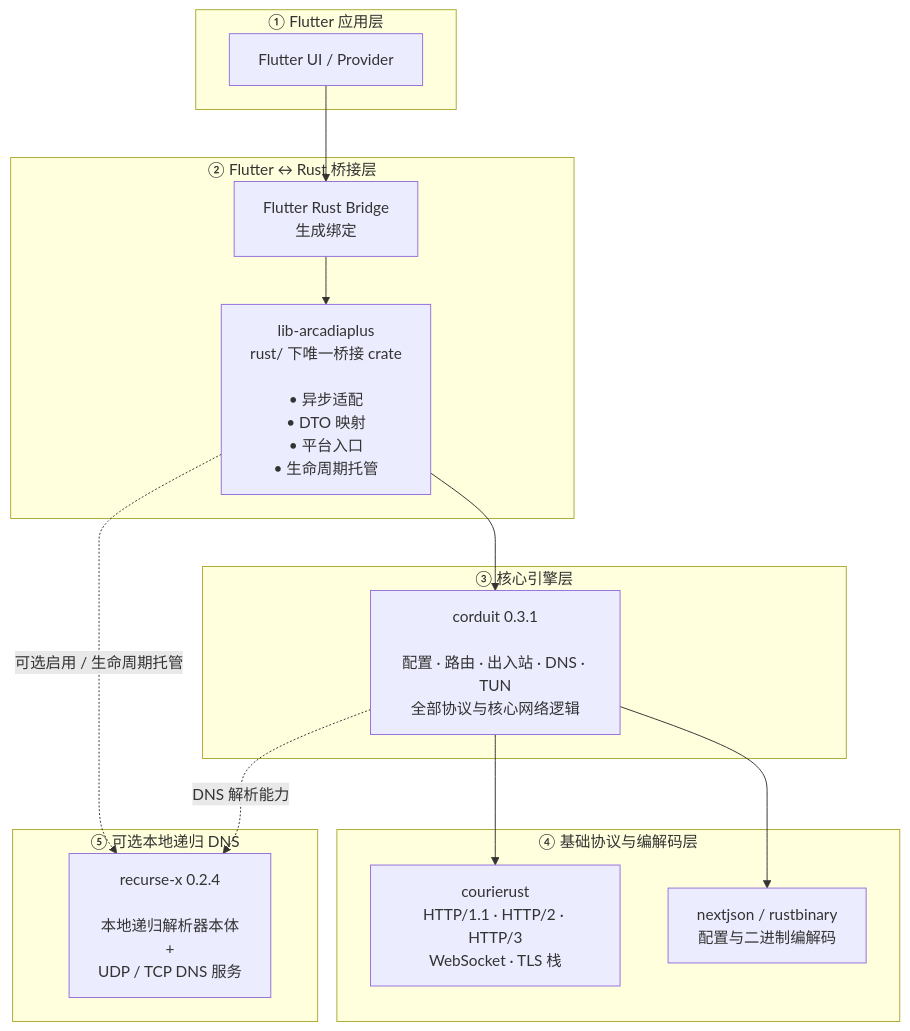
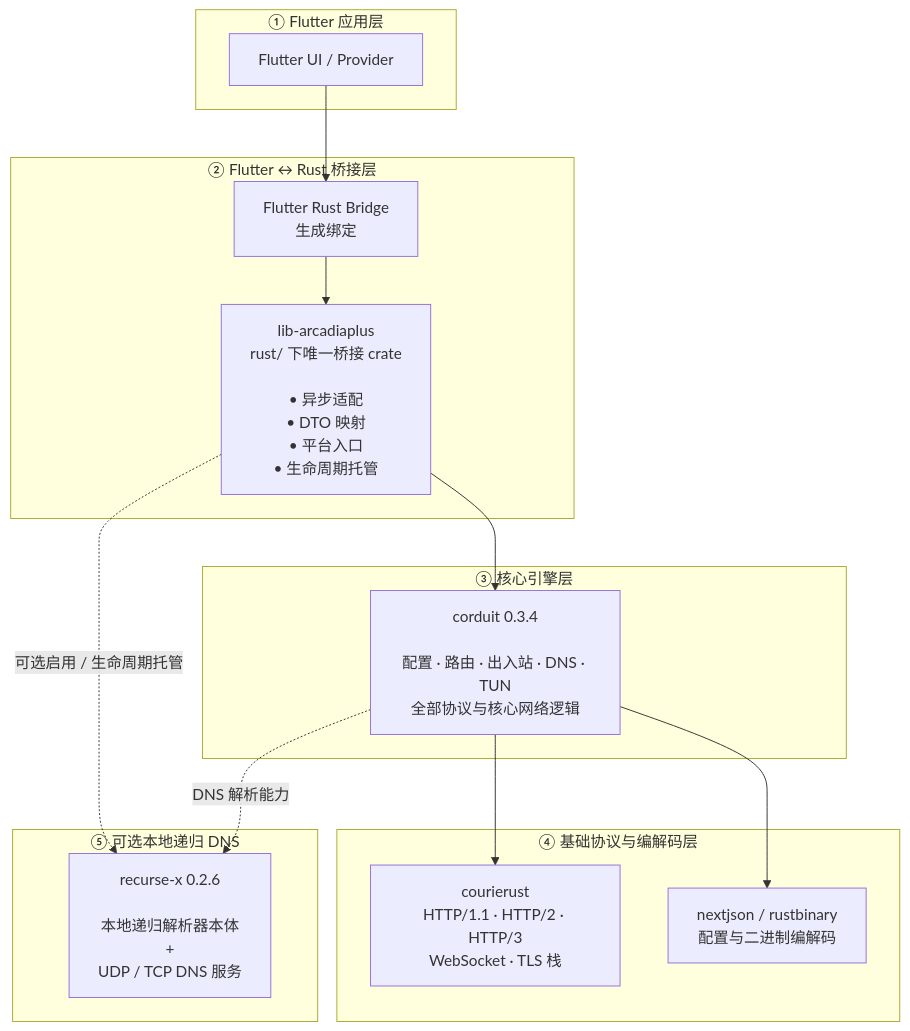
The diagram in README.md (blueokanna/ArcadiaPlus), drawn with Mermaid before and after one commit. The commit also changed other lines of this file and 57 other files, not shown here.

````diff
--- a/README.md
+++ b/README.md
@@ -187,53 +203,53 @@
 ```mermaid
 flowchart TB
     %% =========================
     %% UI Layer
     %% =========================
     subgraph UI["① Flutter 应用层"]
         FLUTTER["Flutter UI / Provider"]
     end
 
     %% =========================
     %% Bridge Layer
     %% =========================
     subgraph BRIDGE["② Flutter ↔ Rust 桥接层"]
         FRB["Flutter Rust Bridge<br/>生成绑定"]
         ARC["lib-arcadiaplus<br/>rust/ 下唯一桥接 crate<br/><br/>• 异步适配<br/>• DTO 映射<br/>• 平台入口<br/>• 生命周期托管"]
     end
 
     %% =========================
     %% Engine Layer
     %% =========================
     subgraph ENGINE["③ 核心引擎层"]
-        CORDUIT["corduit 0.3.1<br/><br/>配置 · 路由 · 出入站 · DNS · TUN<br/>全部协议与核心网络逻辑"]
+        CORDUIT["corduit 0.3.4<br/><br/>配置 · 路由 · 出入站 · DNS · TUN<br/>全部协议与核心网络逻辑"]
     end
 
     %% =========================
     %% Foundation Layer
     %% =========================
     subgraph FOUNDATION["④ 基础协议与编解码层"]
         COURIER["courierust<br/>HTTP/1.1 · HTTP/2 · HTTP/3<br/>WebSocket · TLS 栈"]
 
         CODEC["nextjson / rustbinary<br/>配置与二进制编解码"]
     end
 
     %% =========================
     %% Optional DNS Resolver
     %% =========================
     subgraph OPTIONAL["⑤ 可选本地递归 DNS"]
-        RECURSE["recurse-x 0.2.4<br/><br/>本地递归解析器本体<br/>+<br/>UDP / TCP DNS 服务"]
+        RECURSE["recurse-x 0.2.6<br/><br/>本地递归解析器本体<br/>+<br/>UDP / TCP DNS 服务"]
     end
 
     %% Main call path
     FLUTTER --> FRB
     FRB --> ARC
     ARC --> CORDUIT
 
     %% Engine dependencies
     CORDUIT --> COURIER
     CORDUIT --> CODEC
 
     %% Optional resolver lifecycle / integration
     ARC -. "可选启用 / 生命周期托管" .-> RECURSE
     CORDUIT -. "DNS 解析能力" .-> RECURSE
 ```
````
